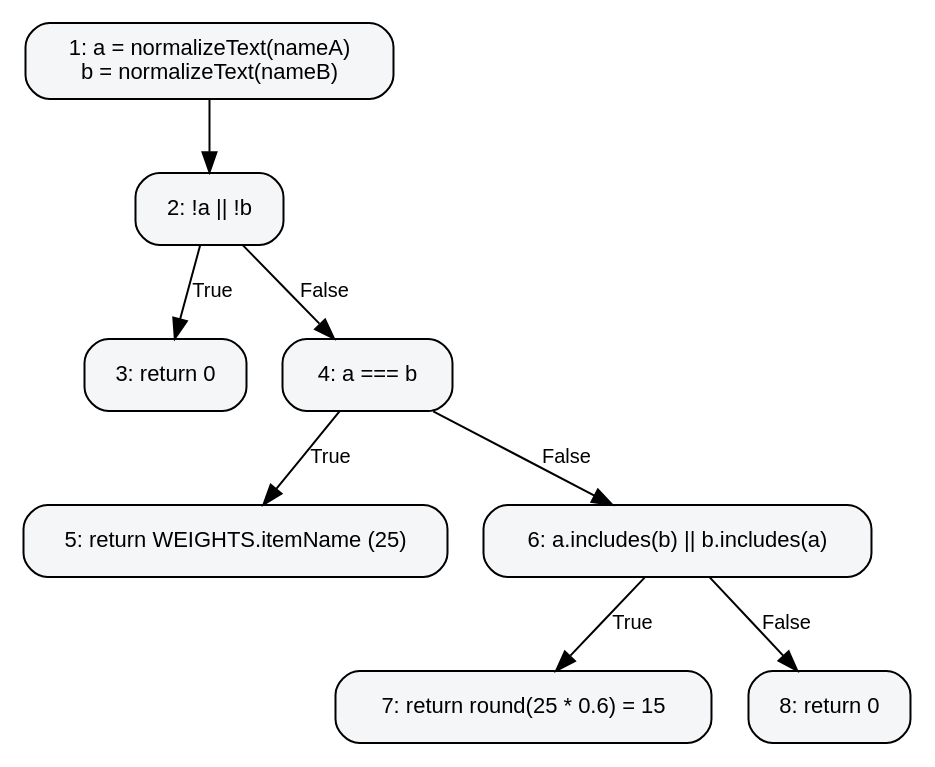
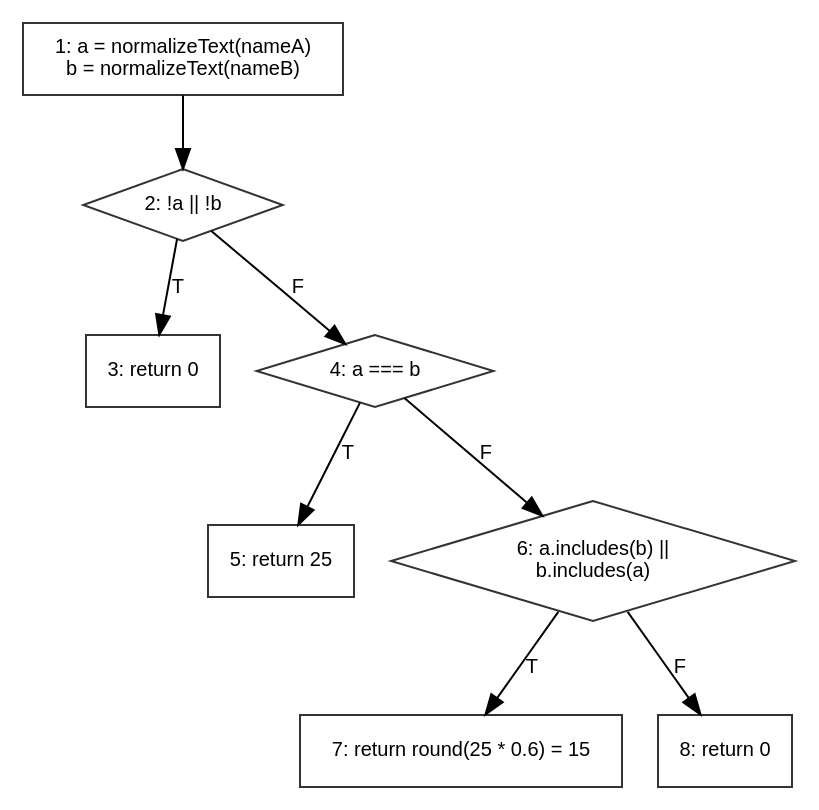
One commit to Meili1407/Software-Testing-LostFound changed the diagram in report-assets/cfg/scoreItemName.dot. Above: the diagram before and after it, drawn with Graphviz. The commit also changed 28 other files, not shown here.

```diff
--- a/report-assets/cfg/scoreItemName.dot
+++ b/report-assets/cfg/scoreItemName.dot
@@ -1,22 +1,22 @@
 digraph scoreItemName {
   rankdir=TB;
-  node [shape=box, style="rounded,filled", fillcolor="#f5f6f8", fontname="Helvetica", fontsize=11, margin="0.15,0.1"];
+  node [shape=box, fontname="Helvetica", fontsize=10, color="#333333"];
   edge [fontname="Helvetica", fontsize=10];
 
   N1 [label="1: a = normalizeText(nameA)\nb = normalizeText(nameB)"];
-  N2 [label="2: !a || !b"];
+  N2 [shape=diamond, label="2: !a || !b"];
   N3 [label="3: return 0"];
-  N4 [label="4: a === b"];
-  N5 [label="5: return WEIGHTS.itemName (25)"];
-  N6 [label="6: a.includes(b) || b.includes(a)"];
+  N4 [shape=diamond, label="4: a === b"];
+  N5 [label="5: return 25"];
+  N6 [shape=diamond, label="6: a.includes(b) ||\nb.includes(a)"];
   N7 [label="7: return round(25 * 0.6) = 15"];
   N8 [label="8: return 0"];
 
   N1 -> N2;
-  N2 -> N3 [label="True"];
-  N2 -> N4 [label="False"];
-  N4 -> N5 [label="True"];
-  N4 -> N6 [label="False"];
-  N6 -> N7 [label="True"];
-  N6 -> N8 [label="False"];
+  N2 -> N3 [label="T"];
+  N2 -> N4 [label="F"];
+  N4 -> N5 [label="T"];
+  N4 -> N6 [label="F"];
+  N6 -> N7 [label="T"];
+  N6 -> N8 [label="F"];
 }
```
